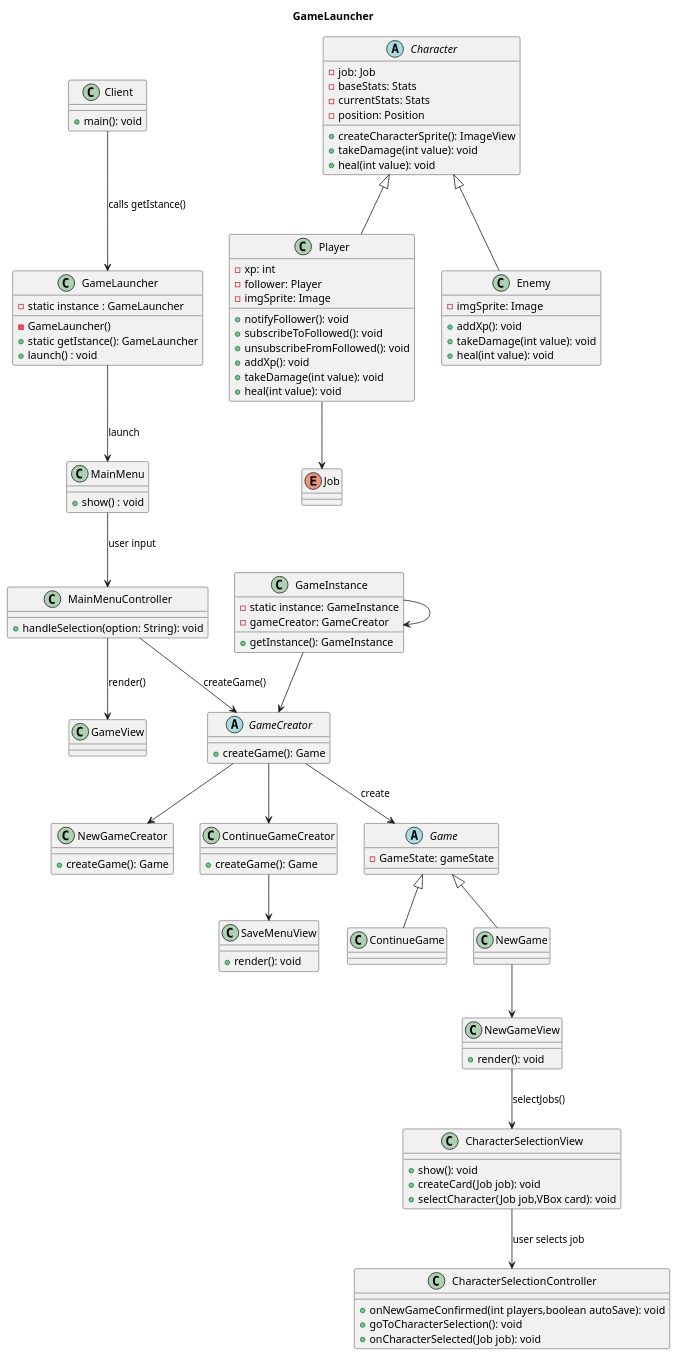
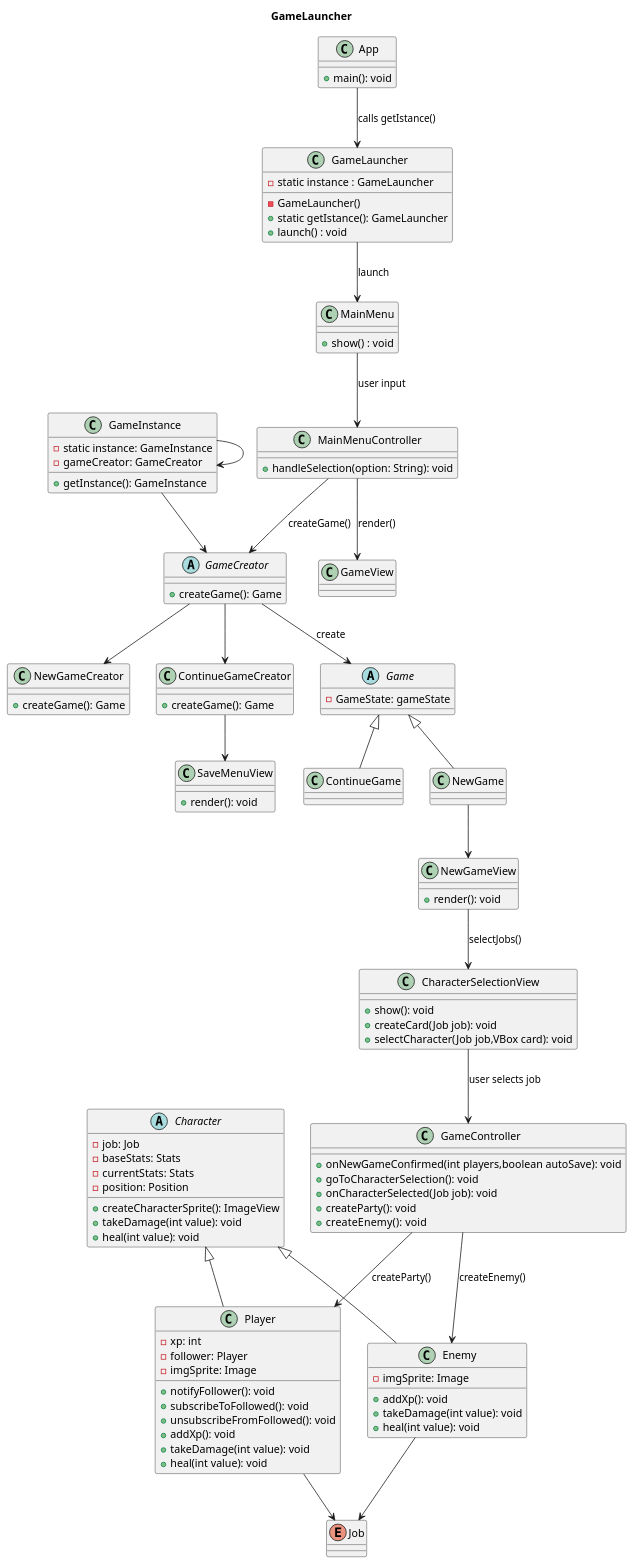
One commit to samMM-cs/iss-team2 changed the diagram in user_stories_pml/The_Cycle.puml. Above: the diagram before and after it, drawn with PlantUML. The commit also changed 3 other files, not shown here.

```diff
--- a/user_stories_pml/The_Cycle.puml
+++ b/user_stories_pml/The_Cycle.puml
@@ -1,124 +1,129 @@
 @startuml GameLauncher
 
 title GameLauncher
 
-class Client{
+class App{
     + main(): void
 }
-Client-->GameLauncher: calls getIstance()
+App-->GameLauncher: calls getIstance()
 
 class GameLauncher{
     - static instance : GameLauncher
     - GameLauncher()
     +static getIstance(): GameLauncher
     + launch() : void
 }
 
 class MainMenu{
     +show() : void
 }
 
 GameLauncher-->MainMenu: launch
 
 abstract class GameCreator{
     + createGame(): Game
 }
 
 class NewGameCreator{
     + createGame(): Game
 }
 
 class ContinueGameCreator{
     + createGame(): Game
 }
 
 GameCreator -down-> NewGameCreator
 GameCreator -down-> ContinueGameCreator
 GameCreator --> Game : create
 
 abstract class Game{
     - GameState: gameState
 }
 
 class NewGame{}
 class ContinueGame{}
 
 class NewGame {}
 class ContinueGame {}
 
 Game <|-- NewGame
 Game <|-- ContinueGame
 
 class NewGameView {
     + render(): void
 }
 class SaveMenuView {
     + render(): void
 }
 
 NewGame --> NewGameView
 ContinueGameCreator --> SaveMenuView
 
 ' ===== Singleton GameInstance =====
 class GameInstance {
     - static instance: GameInstance
     - gameCreator: GameCreator
     + getInstance(): GameInstance
 }
 
 GameInstance --> GameCreator
 GameInstance --> GameInstance
 
 class MainMenuController{
     + handleSelection(option: String): void
 }
 
 MainMenu --> MainMenuController : user input
 MainMenuController --> GameCreator : createGame()
 MainMenuController --> GameView : render()
 
 'Choose character job'
 abstract class Character{
     - job: Job
     -baseStats: Stats
     -currentStats: Stats
     -position: Position
     +createCharacterSprite(): ImageView
     +takeDamage(int value): void
     +heal(int value): void
 }
 
 class Player extends Character{
     - xp: int
     - follower: Player
     - imgSprite: Image
     +notifyFollower(): void
     +subscribeToFollowed(): void
     +unsubscribeFromFollowed(): void
     +addXp(): void
     +takeDamage(int value): void
     +heal(int value): void
 }
 class Enemy extends Character{
     - imgSprite: Image
     +addXp(): void
     +takeDamage(int value): void
     +heal(int value): void
 }
 
 class CharacterSelectionView{
     +show(): void
     +createCard(Job job): void
     +selectCharacter(Job job,VBox card): void
 }
-class CharacterSelectionController{
+class GameController{
     +onNewGameConfirmed(int players,boolean autoSave): void
     +goToCharacterSelection(): void
     +onCharacterSelected(Job job): void
+    +createParty(): void
+    +createEnemy():  void
 
 }
 enum Job{}
-CharacterSelectionView-->CharacterSelectionController: user selects job
+CharacterSelectionView-->GameController: user selects job
 NewGameView-->CharacterSelectionView: selectJobs()
+GameController-->Player:createParty()
+GameController-->Enemy:createEnemy()
 Player-->Job
+Enemy-->Job
 @enduml
```
